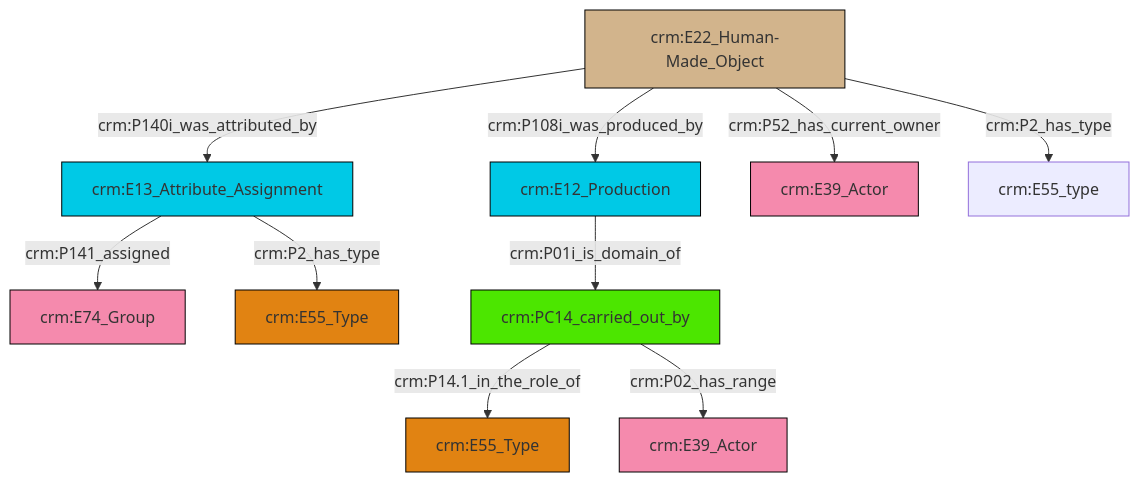
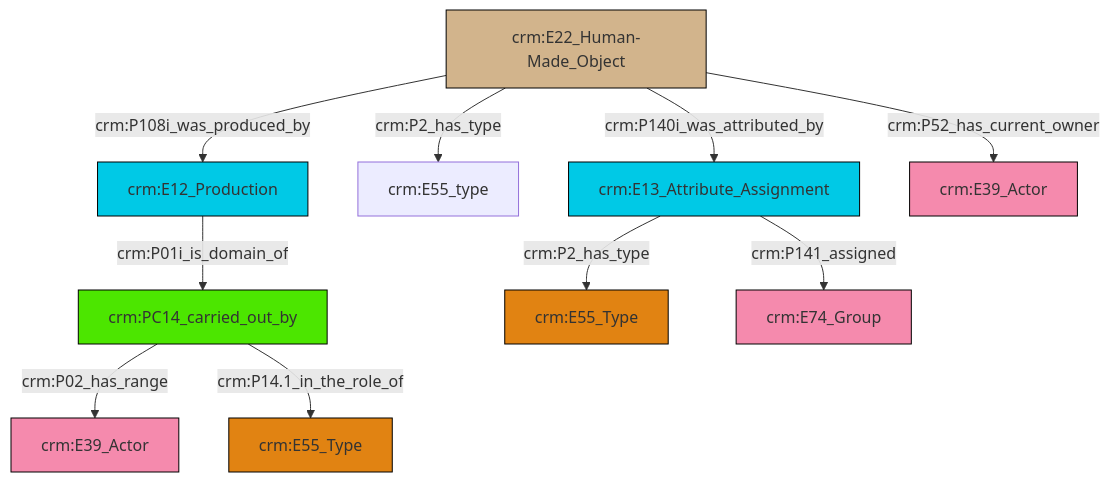
One commit to swiss-art-research-net/reference-data-models changed the diagram in et/builtWorkCSV/ttl/mmd/Built_Work_actor_relations.ttl.mmd. Above: the diagram before and after it, drawn with Mermaid. The commit also changed 128 other files, not shown here.

```diff
--- a/et/builtWorkCSV/ttl/mmd/Built_Work_actor_relations.ttl.mmd
+++ b/et/builtWorkCSV/ttl/mmd/Built_Work_actor_relations.ttl.mmd
@@ -1,24 +1,24 @@
 graph TD
 classDef Literal fill:#f2f2f2,stroke:#000000;
 classDef CRM_Entity fill:#FFFFFF,stroke:#000000;
 classDef Temporal_Entity fill:#00C9E6, stroke:#000000;
 classDef Type fill:#E18312, stroke:#000000;
 classDef Time-Span fill:#2C9C91, stroke:#000000;
 classDef Appellation fill:#FFEB7F, stroke:#000000;
 classDef Place fill:#008836, stroke:#000000;
 classDef Persistent_Item fill:#B266B2, stroke:#000000;
 classDef Conceptual_Object fill:#FFD700, stroke:#000000;
 classDef Physical_Thing fill:#D2B48C, stroke:#000000;
 classDef Actor fill:#f58aad, stroke:#000000;
 classDef PC_Classes fill:#4ce600, stroke:#000000;
 classDef Multi fill:#cccccc,stroke:#000000;
 
-0["crm:E22_Human-Made_Object"]:::Physical_Thing -->|crm:P108i_was_produced_by| 2["crm:E12_Production"]:::Temporal_Entity
-3["crm:E13_Attribute_Assignment"]:::Temporal_Entity -->|crm:P141_assigned| 4["crm:E74_Group"]:::Actor
-0["crm:E22_Human-Made_Object"]:::Physical_Thing -->|crm:P140i_was_attributed_by| 3["crm:E13_Attribute_Assignment"]:::Temporal_Entity
-2["crm:E12_Production"]:::Temporal_Entity -->|crm:P01i_is_domain_of| 14["crm:PC14_carried_out_by"]:::PC_Classes
-3["crm:E13_Attribute_Assignment"]:::Temporal_Entity -->|crm:P2_has_type| 12["crm:E55_Type"]:::Type
-14["crm:PC14_carried_out_by"]:::PC_Classes -->|crm:P14.1_in_the_role_of| 16["crm:E55_Type"]:::Type
-14["crm:PC14_carried_out_by"]:::PC_Classes -->|crm:P02_has_range| 7["crm:E39_Actor"]:::Actor
-0["crm:E22_Human-Made_Object"]:::Physical_Thing -->|crm:P52_has_current_owner| 5["crm:E39_Actor"]:::Actor
-0["crm:E22_Human-Made_Object"]:::Physical_Thing -->|crm:P2_has_type| 10["crm:E55_type"]:::Default
+2["crm:PC14_carried_out_by"]:::PC_Classes -->|crm:P02_has_range| 4["crm:E39_Actor"]:::Actor
+7["crm:E12_Production"]:::Temporal_Entity -->|crm:P01i_is_domain_of| 2["crm:PC14_carried_out_by"]:::PC_Classes
+10["crm:E13_Attribute_Assignment"]:::Temporal_Entity -->|crm:P141_assigned| 11["crm:E74_Group"]:::Actor
+0["crm:E22_Human-Made_Object"]:::Physical_Thing -->|crm:P2_has_type| 8["crm:E55_type"]:::Default
+10["crm:E13_Attribute_Assignment"]:::Temporal_Entity -->|crm:P2_has_type| 5["crm:E55_Type"]:::Type
+0["crm:E22_Human-Made_Object"]:::Physical_Thing -->|crm:P52_has_current_owner| 12["crm:E39_Actor"]:::Actor
+2["crm:PC14_carried_out_by"]:::PC_Classes -->|crm:P14.1_in_the_role_of| 13["crm:E55_Type"]:::Type
+0["crm:E22_Human-Made_Object"]:::Physical_Thing -->|crm:P108i_was_produced_by| 7["crm:E12_Production"]:::Temporal_Entity
+0["crm:E22_Human-Made_Object"]:::Physical_Thing -->|crm:P140i_was_attributed_by| 10["crm:E13_Attribute_Assignment"]:::Temporal_Entity
```
